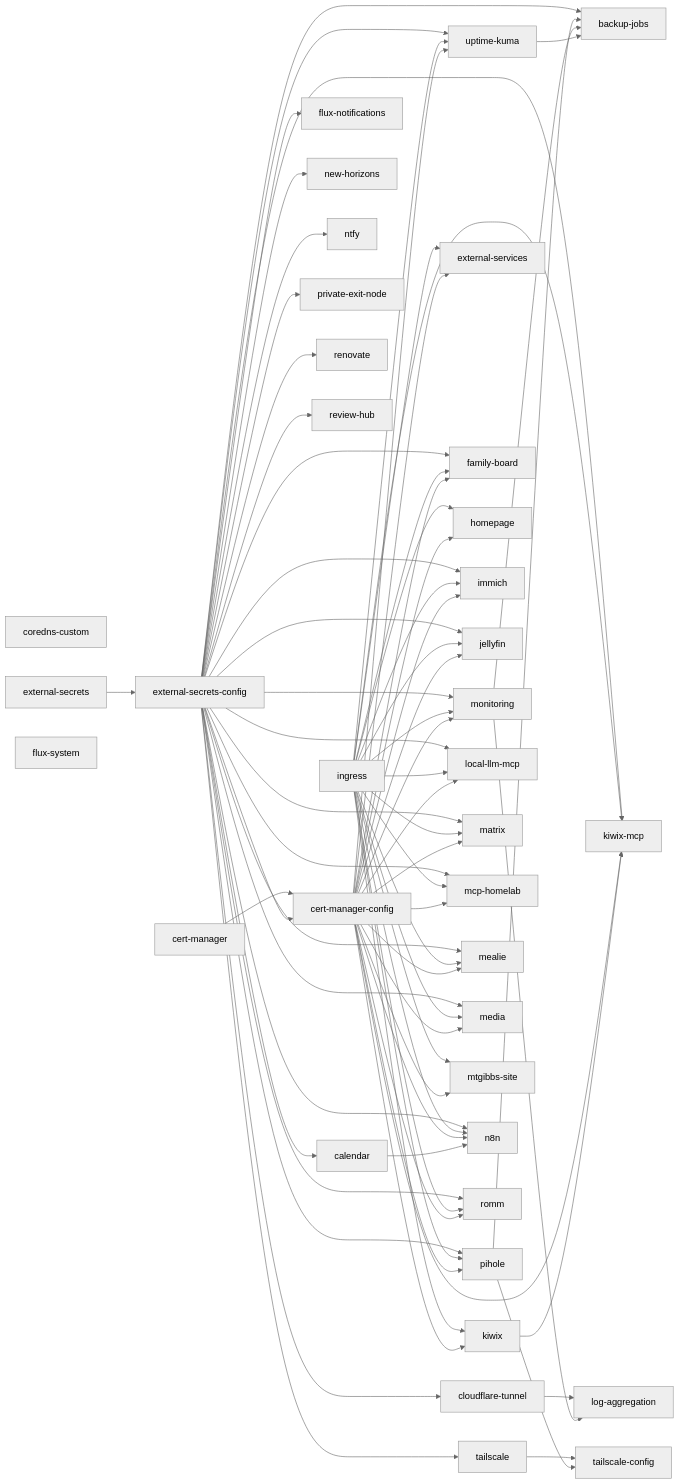
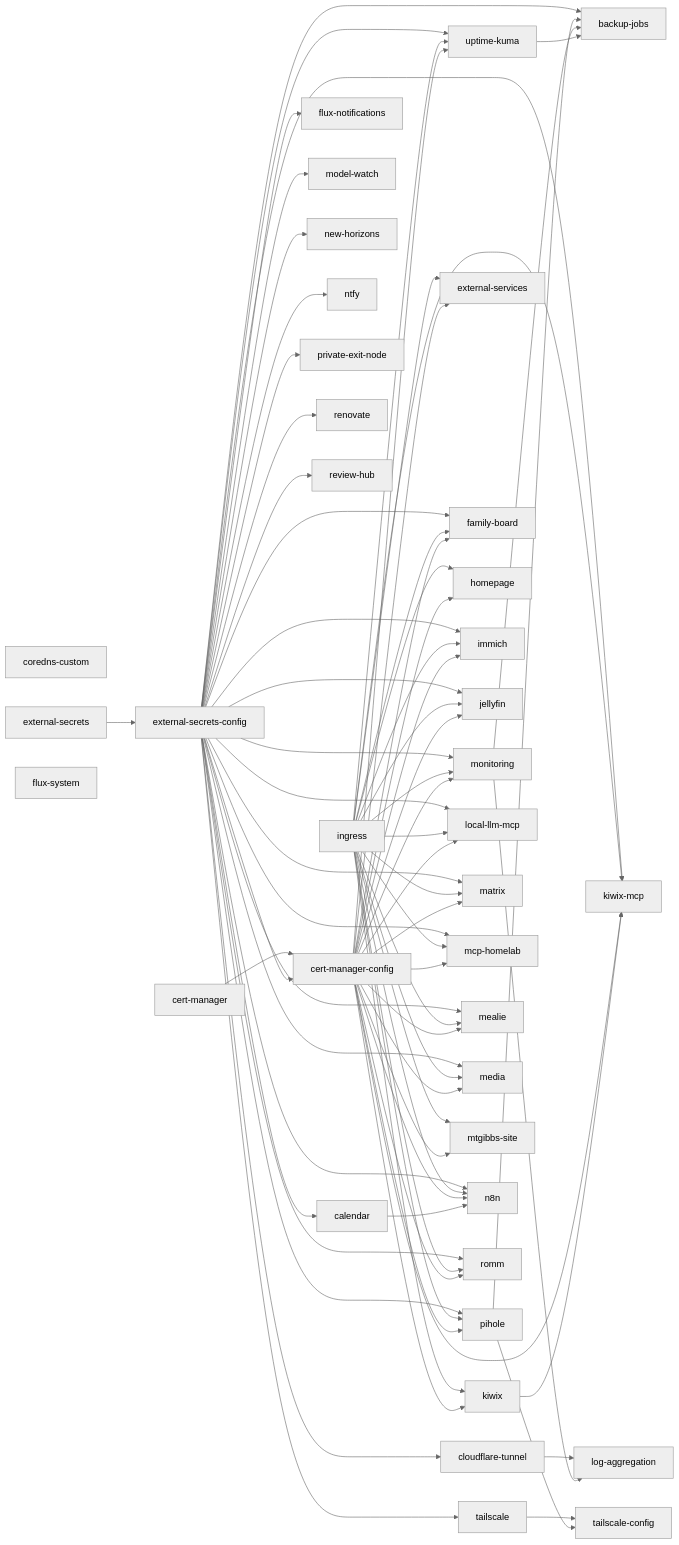
One commit to mtgibbs/pi-cluster changed the diagram in docs/domain-map.md. Above: the diagram before and after it, drawn with Mermaid (neutral theme). The commit also changed other lines of this file and 1 other file, not shown here.

First line of the commit message:
docs(generated): regenerate secrets + domain maps for model-watch

```diff
--- a/docs/domain-map.md
+++ b/docs/domain-map.md
@@ -118,6 +118,8 @@
   k1unc8vb --> k513jul
   kkuvy6m --> k513jul
   k19g0j44 --> k513jul
+  k52qv9g["model-watch"]
+  k1unc8vb --> k52qv9g
   k1unc8vb --> kzp0jgv
   kkuvy6m --> kzp0jgv
   k19g0j44 --> kzp0jgv
```
